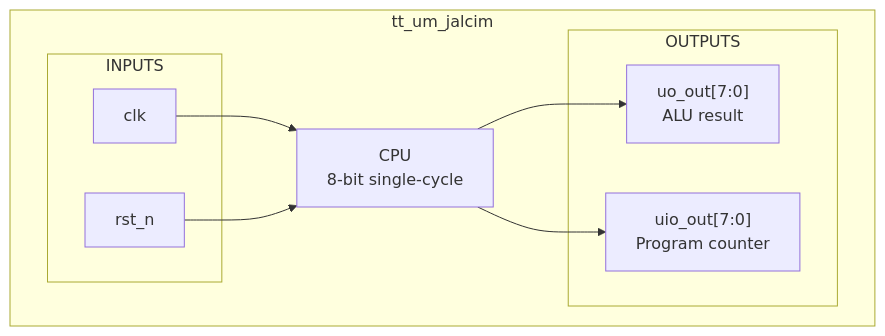
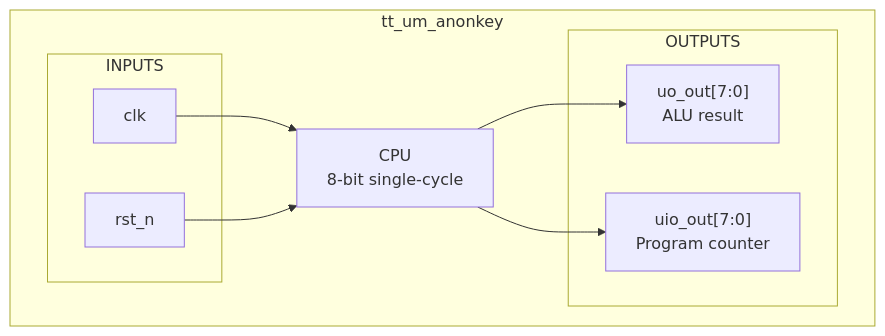
Before and after one commit to anonkey/tiny: the diagram in docs/top.md, drawn with Mermaid. The commit also changed other lines of this file and 102 other files, not shown here.

````diff
--- a/docs/top.md
+++ b/docs/top.md
@@ -13,21 +13,21 @@
 ```mermaid
 flowchart TB
-    subgraph TOP ["tt_um_jalcim"]
+    subgraph TOP ["tt_um_anonkey"]
         subgraph INPUTS
             CLK["clk"]
             RST["rst_n"]
         end
 
         CPU["CPU\n8-bit single-cycle"]
 
         subgraph OUTPUTS
             UO["uo_out[7:0]\nALU result"]
             UIO["uio_out[7:0]\nProgram counter"]
         end
     end
 
     CLK --> CPU
     RST --> CPU
     CPU --> UO
     CPU --> UIO
 ```
````
